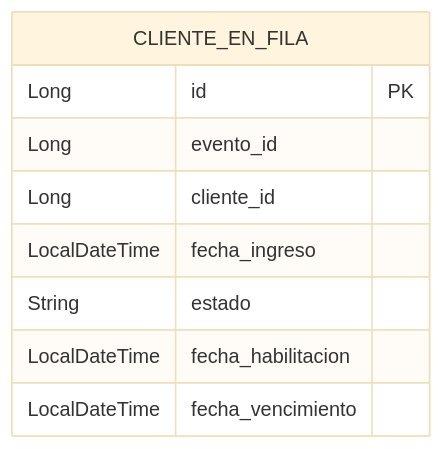
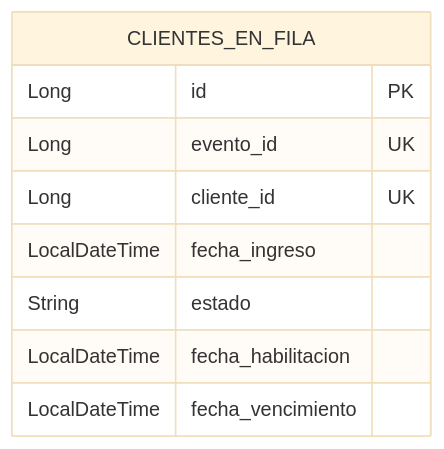
One commit to LuliDiNucci/arquitecturasGrupo12 changed the diagram in TPE-micro2/msvc-fila-virtual/docs/03-MODELO-DE-DATOS.md. Above: the diagram before and after it, drawn with Mermaid (base theme). The commit also changed other lines of this file and 53 other files, not shown here.

````diff
--- a/TPE-micro2/msvc-fila-virtual/docs/03-MODELO-DE-DATOS.md
+++ b/TPE-micro2/msvc-fila-virtual/docs/03-MODELO-DE-DATOS.md
@@ -102,12 +115,12 @@
 ```mermaid
 erDiagram
-    CLIENTE_EN_FILA {
+    CLIENTES_EN_FILA {
         Long id PK
-        Long evento_id
-        Long cliente_id
+        Long evento_id UK
+        Long cliente_id UK
         LocalDateTime fecha_ingreso
         String estado
         LocalDateTime fecha_habilitacion
         LocalDateTime fecha_vencimiento
     }
 ```
````
